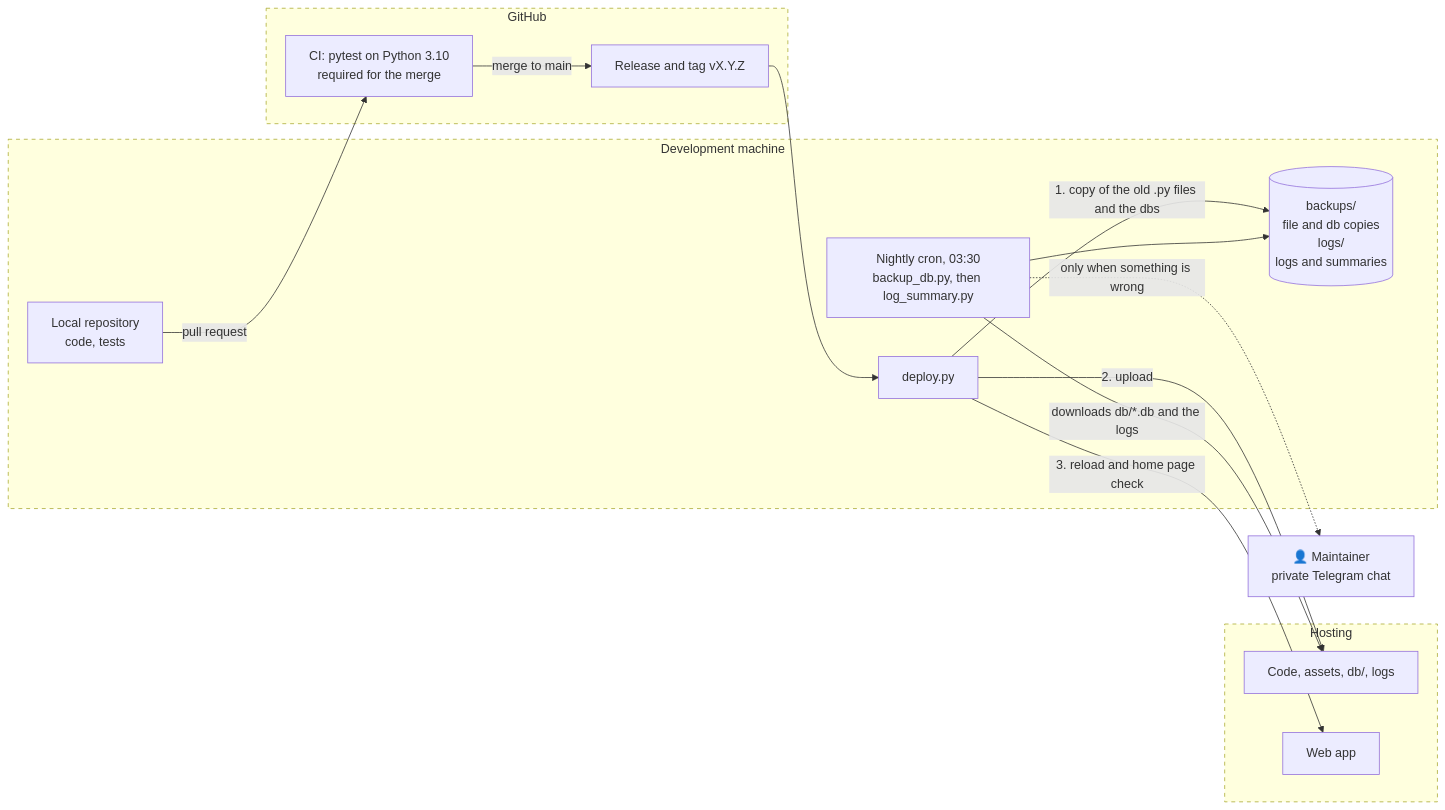
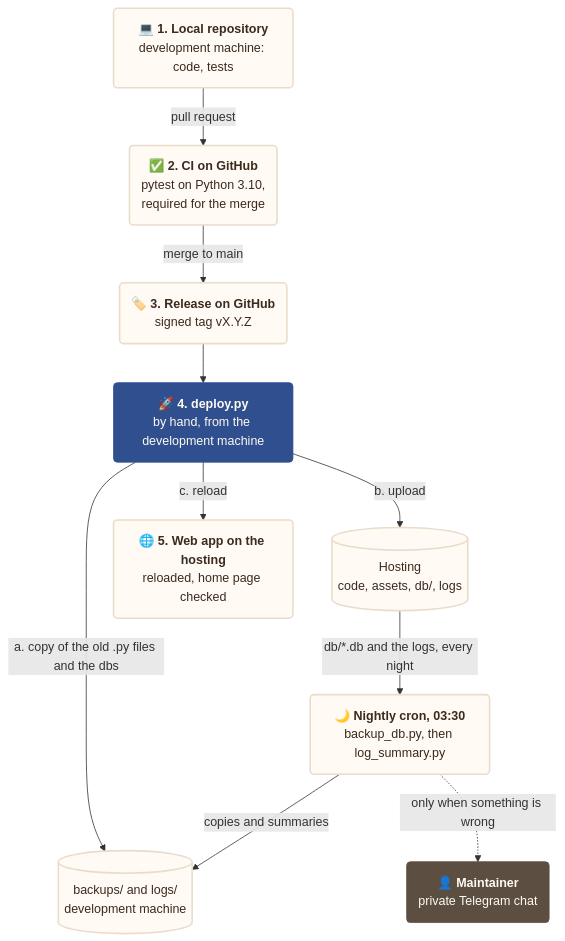
One commit to francescoperrino/Caccometro changed the first of 2 diagrams in docs/operations.md. Above: the diagram before and after it, drawn with Mermaid. The commit also changed other lines of this file and 10 other files, not shown here.

First line of the commit message:
Restyle the documentation diagrams and add workflow infographics (#194)

````diff
--- a/docs/operations.md
+++ b/docs/operations.md
@@ -7,30 +7,31 @@
 ```mermaid
-flowchart LR
-    subgraph dev["Development machine"]
-        repo["Local repository<br/>code, tests"]
-        deploy["deploy.py"]
-        nightly["Nightly cron, 03:30<br/>backup_db.py, then log_summary.py"]
-        local[("backups/<br/>file and db copies<br/>logs/<br/>logs and summaries")]
-    end
-    subgraph gh["GitHub"]
-        ci["CI: pytest on Python 3.10<br/>required for the merge"]
-        rel["Release and tag vX.Y.Z"]
-    end
-    subgraph hosting["Hosting"]
-        files["Code, assets, db/, logs"]
-        web["Web app"]
-    end
-    maintainer["👤 Maintainer<br/>private Telegram chat"]
+flowchart TD
+    repo("💻 <b>1. Local repository</b><br/>development machine: code, tests")
+    ci("✅ <b>2. CI on GitHub</b><br/>pytest on Python 3.10,<br/>required for the merge")
+    rel("🏷️ <b>3. Release on GitHub</b><br/>signed tag vX.Y.Z")
+    deploy("🚀 <b>4. deploy.py</b><br/>by hand, from the development machine")
+    local[("backups/ and logs/<br/>development machine")]
+    files[("Hosting<br/>code, assets, db/, logs")]
+    web("🌐 <b>5. Web app on the hosting</b><br/>reloaded, home page checked")
+    nightly("🌙 <b>Nightly cron, 03:30</b><br/>backup_db.py, then log_summary.py")
+    maintainer("👤 <b>Maintainer</b><br/>private Telegram chat")
     repo -->|"pull request"| ci
     ci -->|"merge to main"| rel
     rel --> deploy
-    deploy -->|"1. copy of the old .py files and the dbs"| local
-    deploy -->|"2. upload"| files
-    deploy -->|"3. reload and home page check"| web
-    nightly -->|"downloads db/*.db and the logs"| files
-    nightly --> local
+    deploy -->|"a. copy of the old .py files and the dbs"| local
+    deploy -->|"b. upload"| files
+    deploy -->|"c. reload"| web
+    files -->|"db/*.db and the logs, every night"| nightly
+    nightly -->|"copies and summaries"| local
     nightly -.->|"only when something is wrong"| maintainer
-    style dev stroke-dasharray: 5 5
-    style gh stroke-dasharray: 5 5
-    style hosting stroke-dasharray: 5 5
+    classDef step fill:#fffaf3,stroke:#eadccb,stroke-width:2px,color:#3b2a1e
+    classDef main fill:#2f4f8f,stroke:#2f4f8f,color:#fffaf3
+    classDef person fill:#5c4f42,stroke:#5c4f42,color:#fffaf3
+    classDef check fill:#f7ecdc,stroke:#e0902b,stroke-width:2px,color:#3b2a1e
+    classDef detail fill:#f7ecdc,stroke:#eadccb,color:#3b2a1e
+    classDef alert fill:#e0902b,stroke:#e0902b,color:#fffaf3
+    classDef stop fill:#f3e4d0,stroke:#cbbca9,stroke-dasharray:4 3,color:#7a6a5c
+    class repo,ci,rel,web,nightly,local,files step
+    class deploy main
+    class maintainer person
 ```
````
